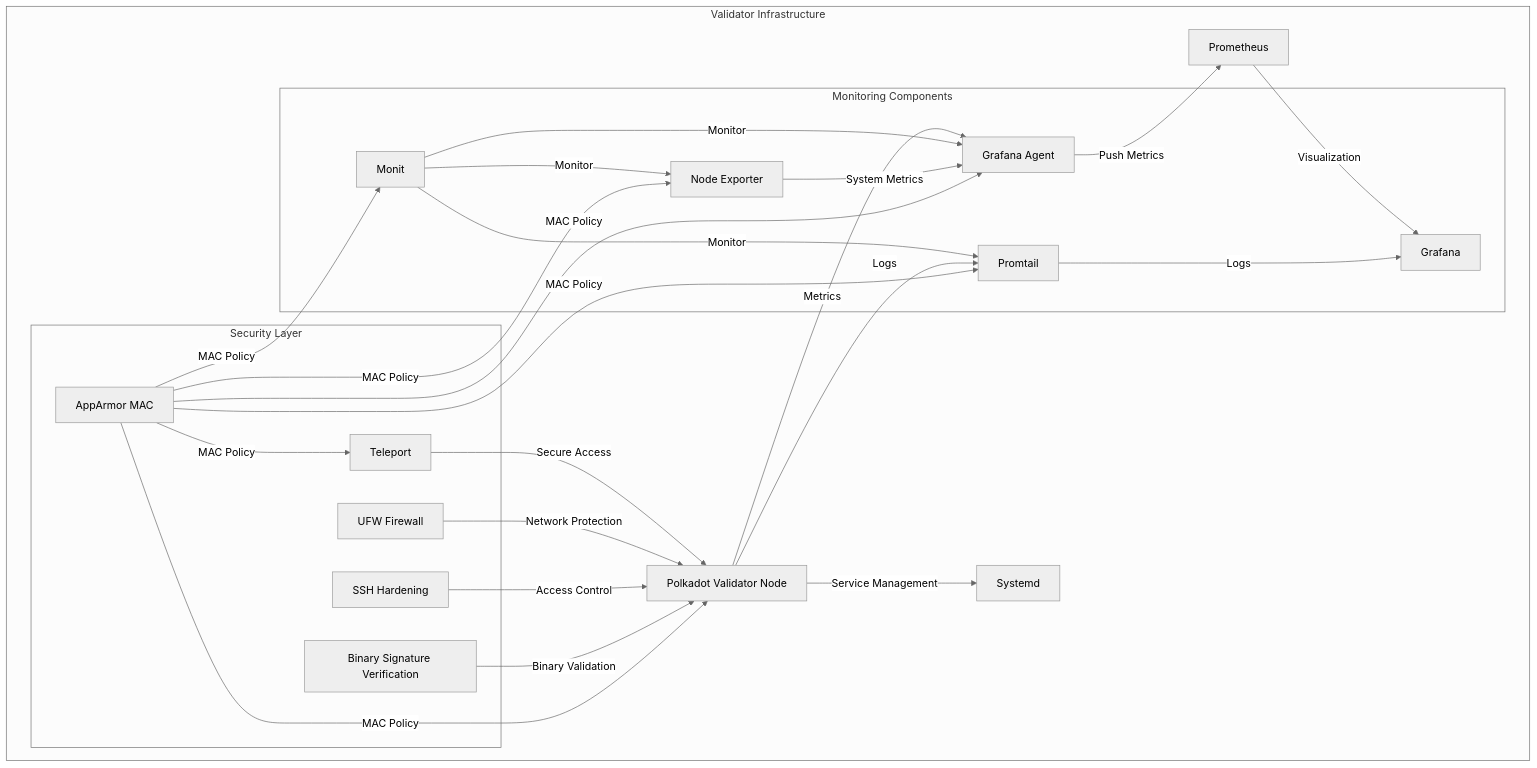
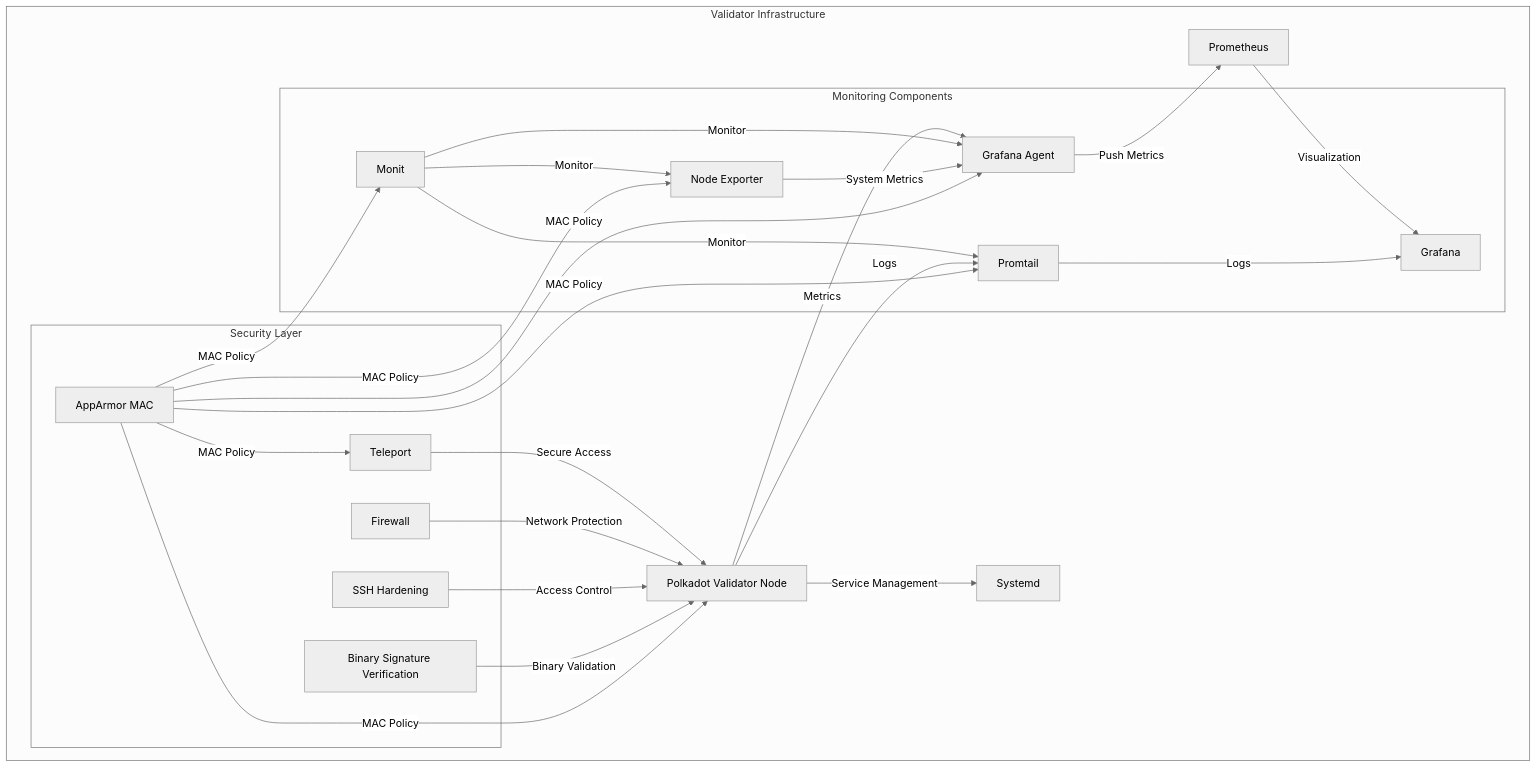
The first of 2 diagrams in README.md (pampatzoglou/provision-validators), drawn with Mermaid (neutral theme) before and after one commit. The commit also changed other lines of this file and 2 other files, not shown here.

````diff
--- a/README.md
+++ b/README.md
@@ -24,40 +24,40 @@
 ```mermaid
 graph TD
     subgraph Validator Infrastructure
         A[Polkadot Validator Node] --> |Metrics| B[Grafana Agent]
         B --> |Push Metrics| C[Prometheus]
         C --> |Visualization| D[Grafana]
         
         subgraph Security Layer
-            G[UFW Firewall]
+            G[Firewall]
             H[SSH Hardening]
             I[Binary Signature Verification]
             J[AppArmor MAC]
             T[Teleport]
         end
 
         subgraph Monitoring Components
             B
             K[Node Exporter]
             L[Promtail] --> |Logs| D[Grafana]
             M[Monit] --> |Monitor| B
             M --> |Monitor| K
             M --> |Monitor| L
         end
 
         A --> |Logs| L
         K --> |System Metrics| B
         A --> |Service Management| N[Systemd]
         T --> |Secure Access| A
     end
 
     G --> |Network Protection| A
     H --> |Access Control| A
     I --> |Binary Validation| A
     J --> |MAC Policy| A
     J --> |MAC Policy| B
     J --> |MAC Policy| K
     J --> |MAC Policy| L
     J --> |MAC Policy| M
     J --> |MAC Policy| T
 ```
````
